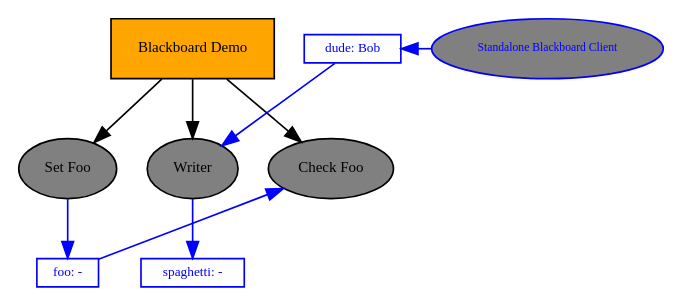
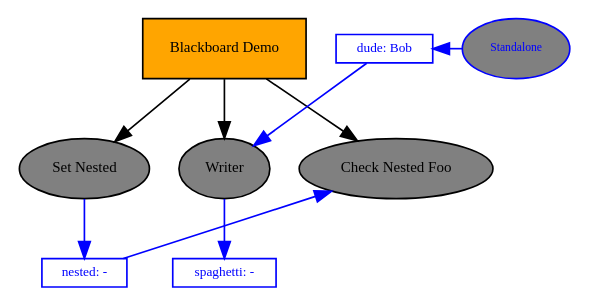
The diagram in doc/dot/demo-blackboard.dot (splintered-reality/py_trees), drawn with Graphviz before and after one commit. The commit also changed 25 other files, not shown here.

```diff
--- a/doc/dot/demo-blackboard.dot
+++ b/doc/dot/demo-blackboard.dot
@@ -1,29 +1,29 @@
 digraph pastafarianism {
 graph [fontname="times-roman"];
 node [fontname="times-roman"];
 edge [fontname="times-roman"];
 "Blackboard Demo" [label="Blackboard Demo", shape=box, style=filled, fillcolor=orange, fontsize=9, fontcolor=black];
-"Set Foo" [label="Set Foo", shape=ellipse, style=filled, fillcolor=gray, fontsize=9, fontcolor=black];
-"Blackboard Demo" -> "Set Foo";
+"Set Nested" [label="Set Nested", shape=ellipse, style=filled, fillcolor=gray, fontsize=9, fontcolor=black];
+"Blackboard Demo" -> "Set Nested";
 Writer [label=Writer, shape=ellipse, style=filled, fillcolor=gray, fontsize=9, fontcolor=black];
 "Blackboard Demo" -> Writer;
-"Check Foo" [label="Check Foo", shape=ellipse, style=filled, fillcolor=gray, fontsize=9, fontcolor=black];
-"Blackboard Demo" -> "Check Foo";
+"Check Nested Foo" [label="Check Nested Foo", shape=ellipse, style=filled, fillcolor=gray, fontsize=9, fontcolor=black];
+"Blackboard Demo" -> "Check Nested Foo";
 subgraph  {
 label="children_of_Blackboard Demo";
 rank=same;
-"Set Foo" [label="Set Foo", shape=ellipse, style=filled, fillcolor=gray, fontsize=9, fontcolor=black];
+"Set Nested" [label="Set Nested", shape=ellipse, style=filled, fillcolor=gray, fontsize=9, fontcolor=black];
 Writer [label=Writer, shape=ellipse, style=filled, fillcolor=gray, fontsize=9, fontcolor=black];
-"Check Foo" [label="Check Foo", shape=ellipse, style=filled, fillcolor=gray, fontsize=9, fontcolor=black];
+"Check Nested Foo" [label="Check Nested Foo", shape=ellipse, style=filled, fillcolor=gray, fontsize=9, fontcolor=black];
 }
 
-"Standalone Blackboard Client" [label="Standalone Blackboard Client", shape=ellipse, style=filled, color=blue, fillcolor=gray, fontsize=7, fontcolor=blue];
+Standalone [label=Standalone, shape=ellipse, style=filled, color=blue, fillcolor=gray, fontsize=7, fontcolor=blue];
 dude [label="dude: Bob", shape=box, style=filled, color=blue, fillcolor=white, fontsize=8, fontcolor=blue, width=0, height=0, fixedsize=False];
 dude -> Writer  [color=blue, constraint=False];
-"Standalone Blackboard Client" -> dude  [color=blue, constraint=False];
-foo [label="foo: -", shape=box, style=filled, color=blue, fillcolor=white, fontsize=8, fontcolor=blue, width=0, height=0, fixedsize=False];
-foo -> "Check Foo"  [color=blue, constraint=False];
-"Set Foo" -> foo  [color=blue, constraint=True];
+Standalone -> dude  [color=blue, constraint=False];
+nested [label="nested: -", shape=box, style=filled, color=blue, fillcolor=white, fontsize=8, fontcolor=blue, width=0, height=0, fixedsize=False];
+nested -> "Check Nested Foo"  [color=blue, constraint=False];
+"Set Nested" -> nested  [color=blue, constraint=True];
 spaghetti [label="spaghetti: -", shape=box, style=filled, color=blue, fillcolor=white, fontsize=8, fontcolor=blue, width=0, height=0, fixedsize=False];
 Writer -> spaghetti  [color=blue, constraint=True];
 }
```
